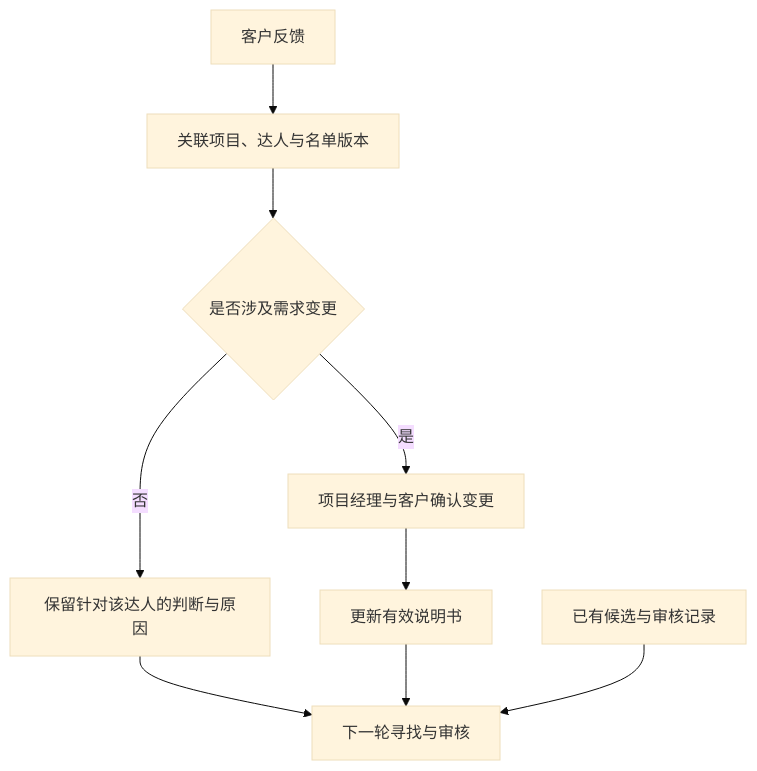
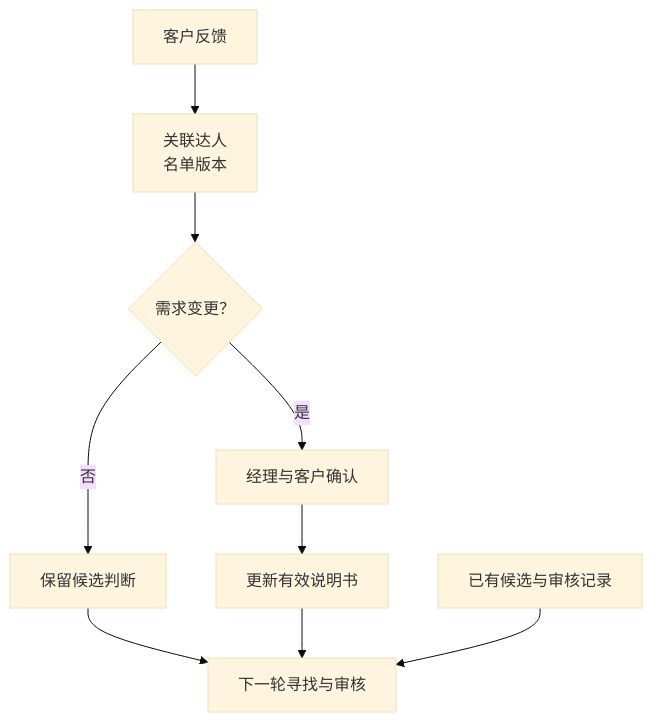
The second of 2 diagrams in content/cases/creator-marketing-delivery.md (cytlabs/personal-site), drawn with Mermaid (base theme) before and after one commit. The commit also changed other lines of this file and 17 other files, not shown here.

First line of the commit message:
统一图表排版、主题和大图查看 (#15)

````diff
--- a/content/cases/creator-marketing-delivery.md
+++ b/content/cases/creator-marketing-delivery.md
@@ -44,11 +46,9 @@
 ```mermaid
 flowchart TD
-    A["客户反馈"] --> B["关联项目、达人与名单版本"]
-    B --> C{"是否涉及需求变更"}
-    C -->|否| D["保留针对该达人的判断与原因"]
-    C -->|是| E["项目经理与客户确认变更"]
-    E --> F["更新有效说明书"]
+    A["客户反馈"] --> B["关联达人<br/>名单版本"] --> C{"需求变更？"}
+    C -->|否| D["保留候选判断"]
+    C -->|是| E["经理与客户确认"] --> F["更新有效说明书"]
     D --> G["下一轮寻找与审核"]
     F --> G
     H["已有候选与审核记录"] --> G
 ```
````
